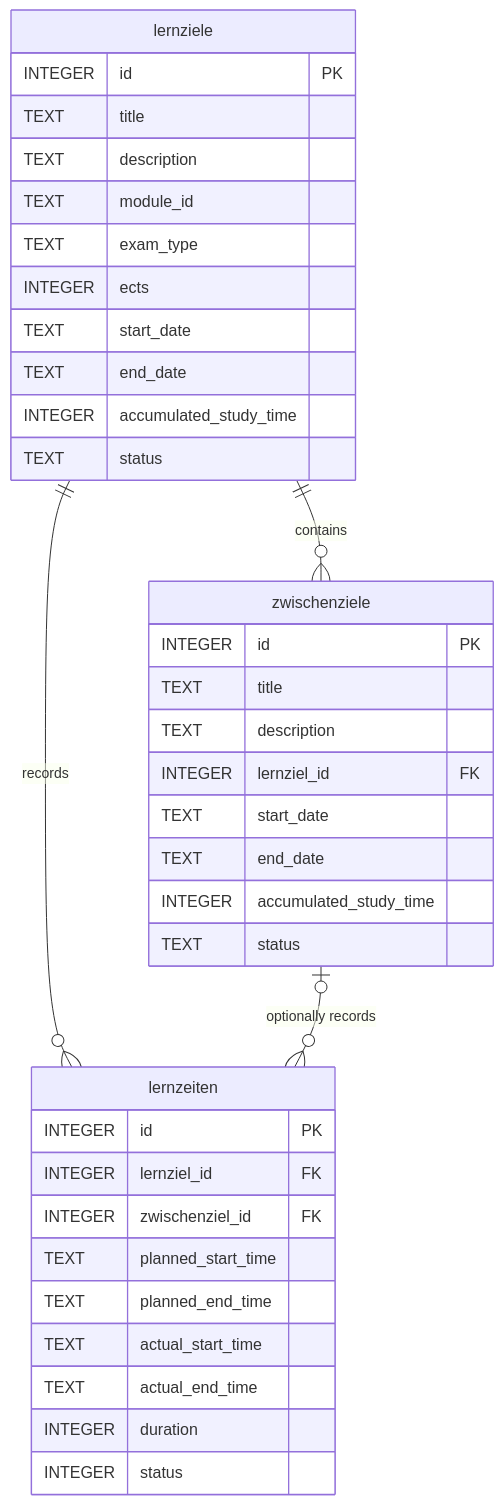
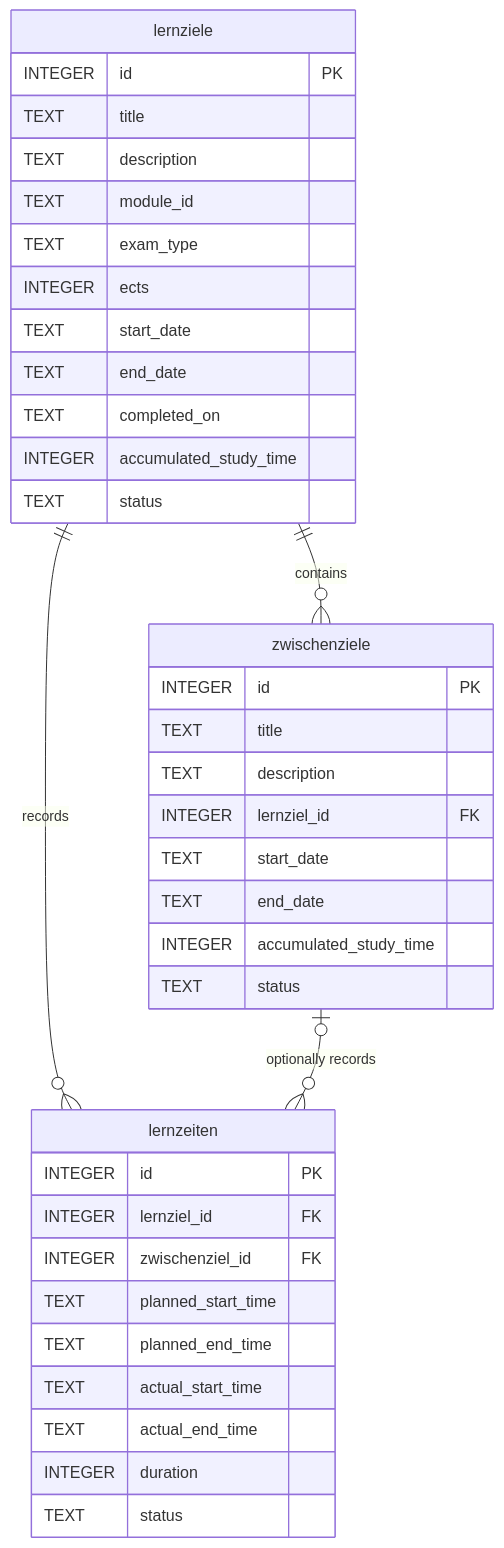
The second of 2 diagrams in README.md (reginaleis/isef01-lernzeit-manager), drawn with Mermaid before and after one commit. The commit also changed other lines of this file, not shown here.

````diff
--- a/README.md
+++ b/README.md
@@ -74,42 +74,43 @@
 ```mermaid
 erDiagram
     lernziele ||--o{ zwischenziele : "contains"
     lernziele ||--o{ lernzeiten : "records"
     zwischenziele o|--o{ lernzeiten : "optionally records"
 
     lernziele {
         INTEGER id PK
         TEXT title
         TEXT description
         TEXT module_id
         TEXT exam_type
         INTEGER ects
         TEXT start_date
         TEXT end_date
+        TEXT completed_on
         INTEGER accumulated_study_time
         TEXT status
     }
 
     zwischenziele {
         INTEGER id PK
         TEXT title
         TEXT description
         INTEGER lernziel_id FK
         TEXT start_date
         TEXT end_date
         INTEGER accumulated_study_time
         TEXT status
     }
 
     lernzeiten {
         INTEGER id PK
         INTEGER lernziel_id FK
         INTEGER zwischenziel_id FK
         TEXT planned_start_time
         TEXT planned_end_time
         TEXT actual_start_time
         TEXT actual_end_time
         INTEGER duration
-        INTEGER status
+        TEXT status
     }
 ```
````
